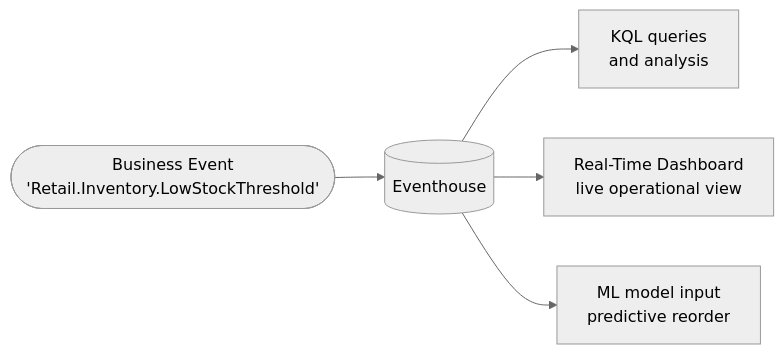
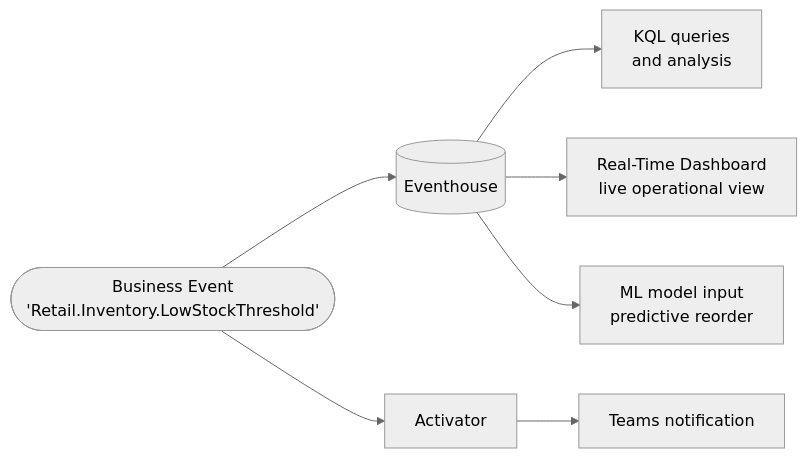
One commit to microsoft/fabric-events changed the second of 2 diagrams in docs/business-events/scenarios/low-stock-threshold.md. Above: the diagram before and after it, drawn with Mermaid (neutral theme). The commit also changed other lines of this file and 15 other files, not shown here.

````diff
--- a/docs/business-events/scenarios/low-stock-threshold.md
+++ b/docs/business-events/scenarios/low-stock-threshold.md
@@ -221,7 +247,9 @@
 ```mermaid
 flowchart LR
     BE([Business Event\n'Retail.Inventory.LowStockThreshold']) --> EH[(Eventhouse)]
+    BE --> ACT[Activator]
+    ACT --> TEAMS[Teams notification]
     EH --> KQL[KQL queries\nand analysis]
     EH --> RTD[Real-Time Dashboard\nlive operational view]
     EH --> ML[ML model input\npredictive reorder]
 ```
````
